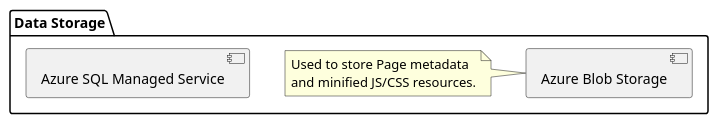
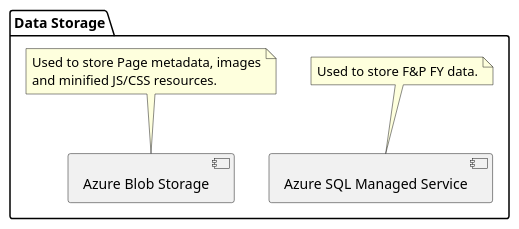
Before and after one commit to bearandhammer/knowledge-vault: the diagram in obsidian-vault/🐸 Frog & Pencil/Architecture Diagram.md, drawn with PlantUML. The commit also changed other lines of this file, not shown here.

````diff
--- a/obsidian-vault/🐸 Frog & Pencil/Architecture Diagram.md
+++ b/obsidian-vault/🐸 Frog & Pencil/Architecture Diagram.md
@@ -9,12 +9,17 @@
 ```plantuml
 package "Data Storage" {
 [Azure Blob Storage] as ABS
-[Azure SQL Managed Service]
+[Azure SQL Managed Service] as ASMS
 
-note left of ABS
-	Used to store Page metadata 
+note top of ABS
+	Used to store Page metadata, images
 	and minified JS/CSS resources.
 end note
 
+note top of ASMS
+	Used to store F&P FY data.
+end note
+
+ABS -[hidden]> ASMS
 }
 ```
````
